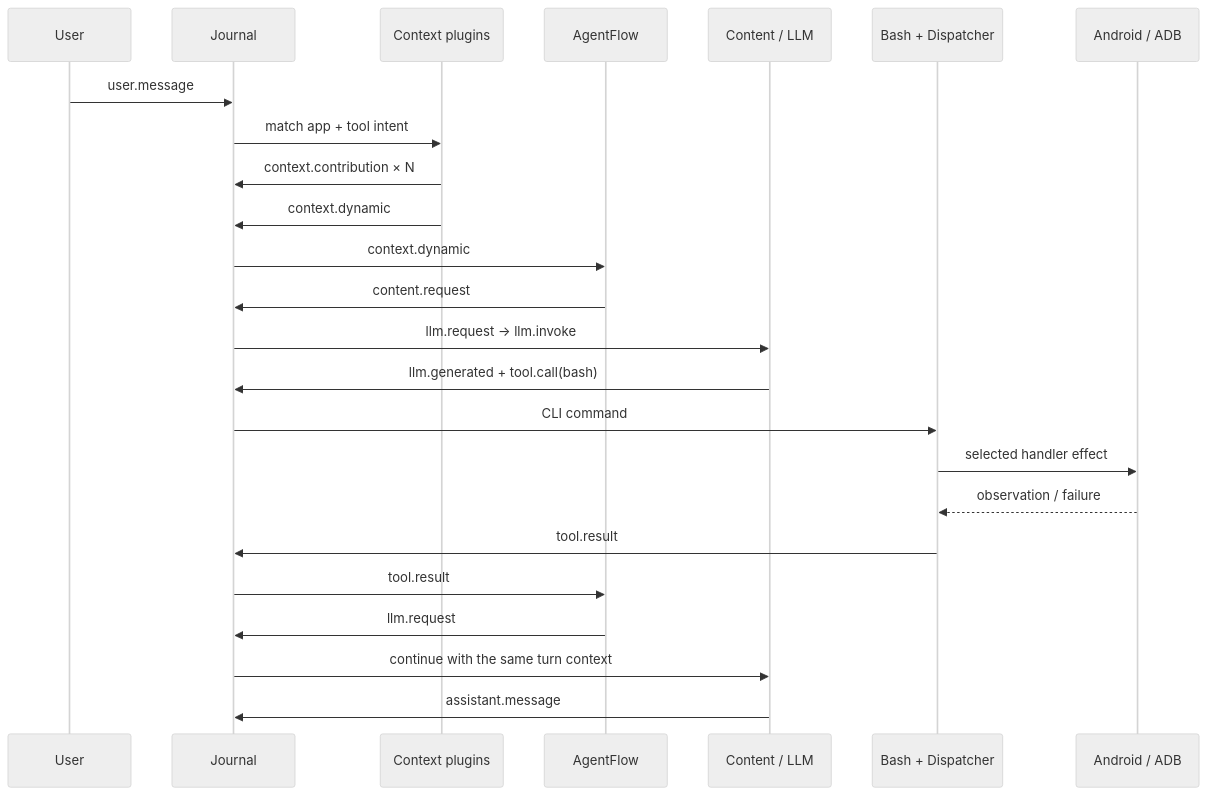
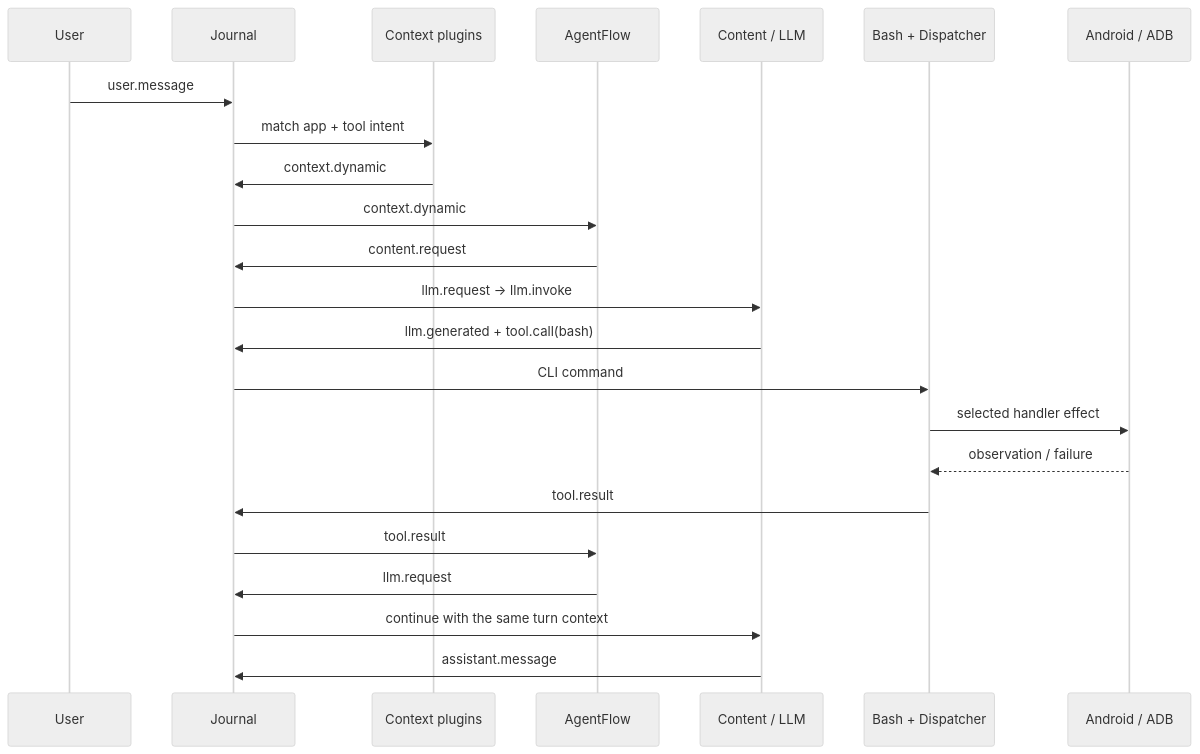
One commit to liz-public/knot-agent changed the second of 3 diagrams in README.en.md. Above: the diagram before and after it, drawn with Mermaid (neutral theme). The commit also changed other lines of this file and 10 other files, not shown here.

````diff
--- a/README.en.md
+++ b/README.en.md
@@ -140,27 +141,26 @@
 ```mermaid
 sequenceDiagram
   participant U as User
   participant J as Journal
   participant C as Context plugins
   participant F as AgentFlow
   participant L as Content / LLM
   participant B as Bash + Dispatcher
   participant A as Android / ADB
 
   U->>J: user.message
   J->>C: match app + tool intent
-  C->>J: context.contribution × N
   C->>J: context.dynamic
   J->>F: context.dynamic
   F->>J: content.request
   J->>L: llm.request → llm.invoke
   L->>J: llm.generated + tool.call(bash)
   J->>B: CLI command
   B->>A: selected handler effect
   A-->>B: observation / failure
   B->>J: tool.result
   J->>F: tool.result
   F->>J: llm.request
   J->>L: continue with the same turn context
   L->>J: assistant.message
 ```
````
